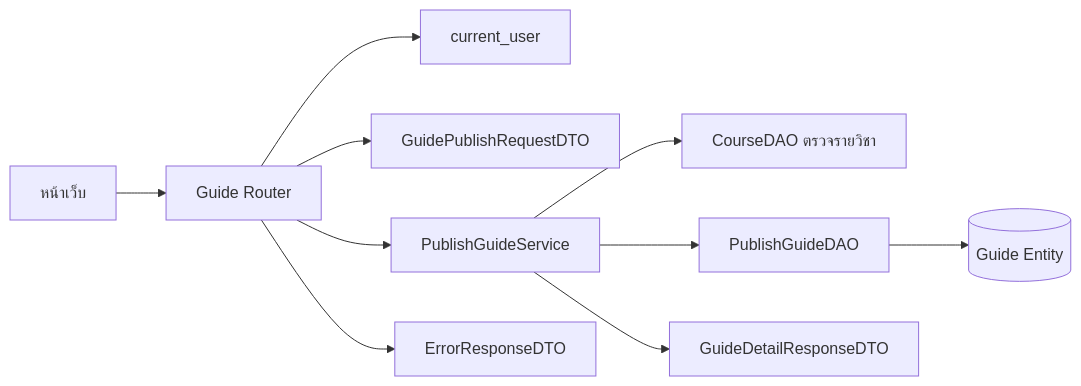
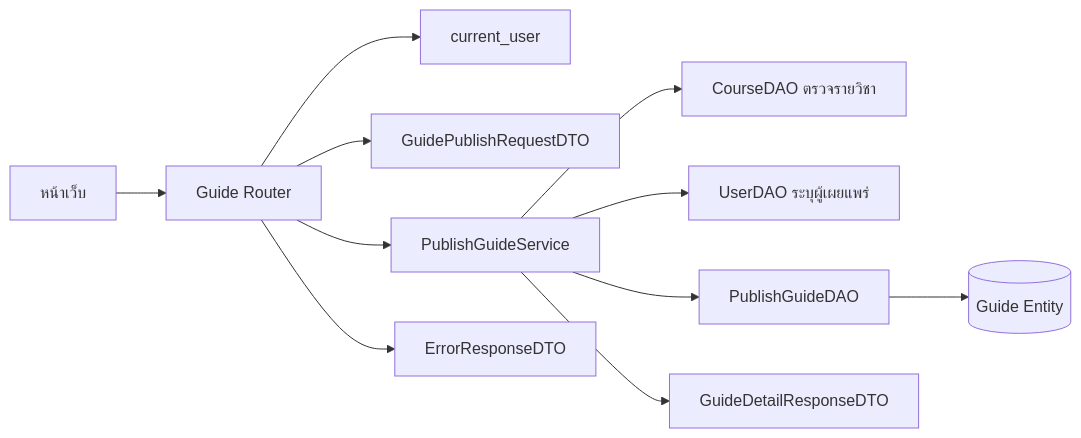
Before and after one commit to Lilieay/CS261-Group4-Project: the diagram in docs/U4/design/task52-publish-guide-api-spec.md, drawn with Mermaid. The commit also changed other lines of this file and 8 other files, not shown here.

````diff
--- a/docs/U4/design/task52-publish-guide-api-spec.md
+++ b/docs/U4/design/task52-publish-guide-api-spec.md
@@ -133,12 +133,13 @@
 ```mermaid
 flowchart LR
     Client[หน้าเว็บ] --> Router[Guide Router]
     Router --> Auth[current_user]
     Router --> RequestDTO[GuidePublishRequestDTO]
     Router --> Service[PublishGuideService]
     Service --> CourseDAO[CourseDAO ตรวจรายวิชา]
+    Service --> UserDAO[UserDAO ระบุผู้เผยแพร่]
     Service --> PublishDAO[PublishGuideDAO]
     PublishDAO --> Guide[(Guide Entity)]
     Service --> ResponseDTO[GuideDetailResponseDTO]
     Router --> ErrorDTO[ErrorResponseDTO]
 ```
````
